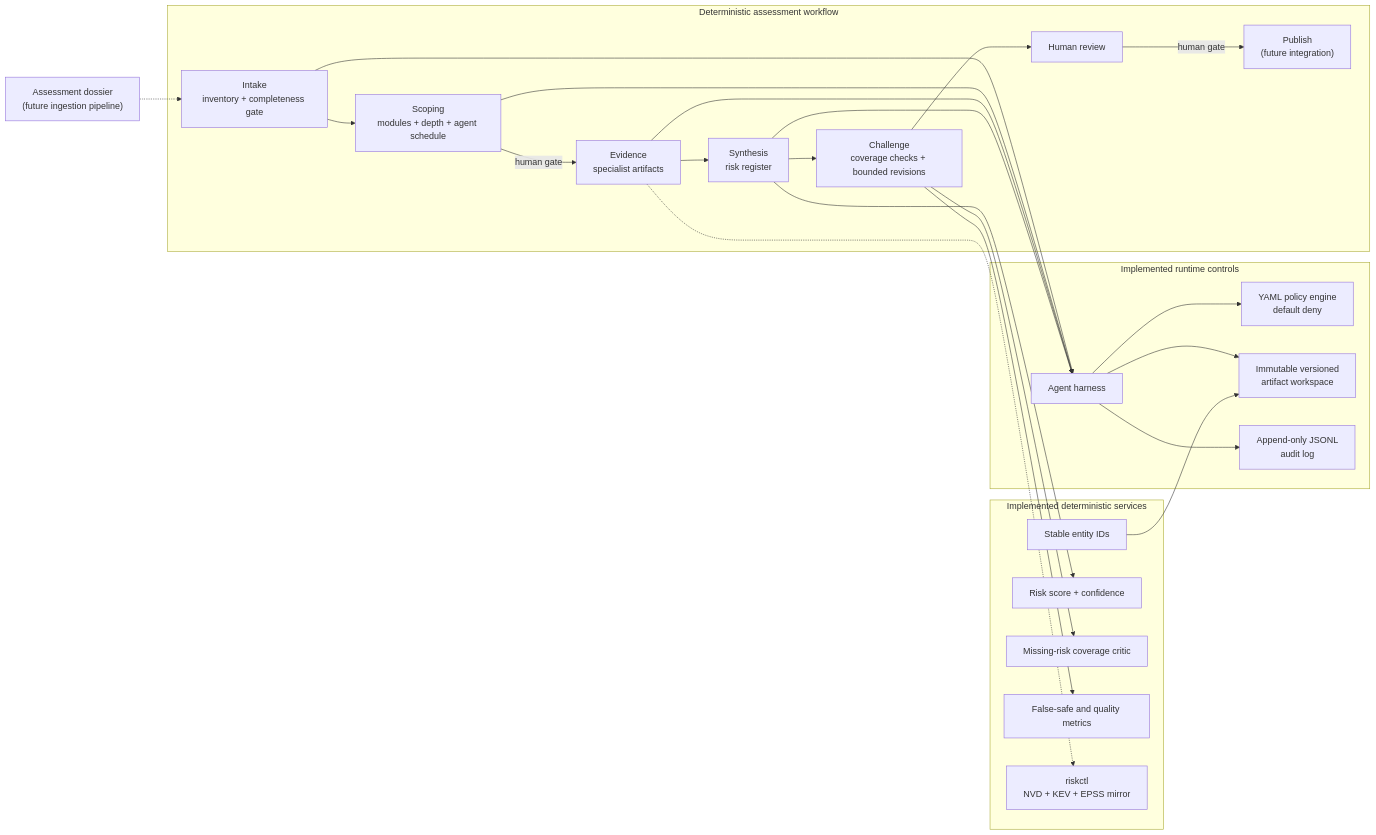
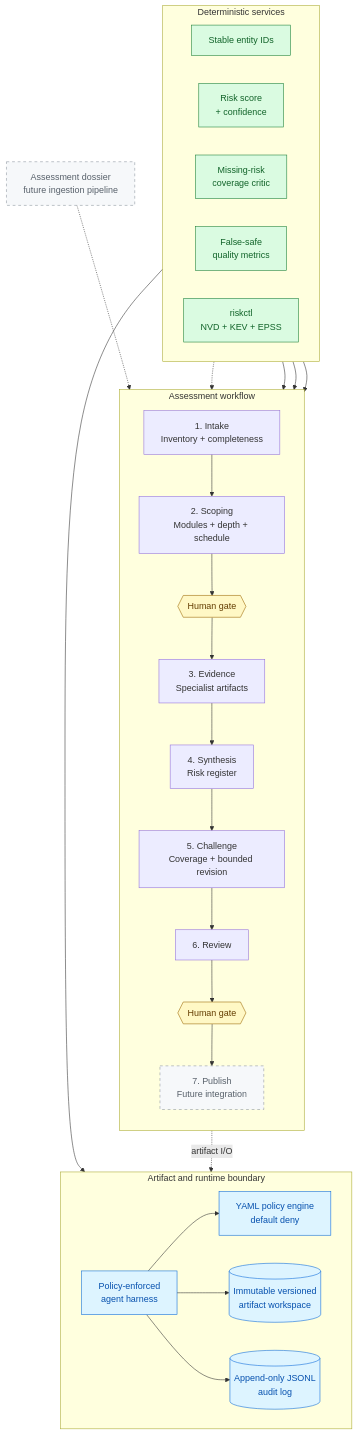
The first of 2 diagrams in README.md (baylitoo/risk-assess), drawn with Mermaid before and after one commit.

Commit message:
Improve README architecture diagram

````diff
--- a/README.md
+++ b/README.md
@@ -36,51 +36,58 @@
 ```mermaid
-flowchart LR
-    Dossier["Assessment dossier<br/>(future ingestion pipeline)"]
+flowchart TB
+    Dossier["Assessment dossier<br/>future ingestion pipeline"]
 
-    subgraph Workflow["Deterministic assessment workflow"]
-        Intake["Intake<br/>inventory + completeness gate"]
-        Scope["Scoping<br/>modules + depth + agent schedule"]
-        Evidence["Evidence<br/>specialist artifacts"]
-        Synthesis["Synthesis<br/>risk register"]
-        Challenge["Challenge<br/>coverage checks + bounded revisions"]
-        Review["Human review"]
-        Publish["Publish<br/>(future integration)"]
+    subgraph Workflow["Assessment workflow"]
+        direction TB
+        Intake["1. Intake<br/>Inventory + completeness"]
+        Scope["2. Scoping<br/>Modules + depth + schedule"]
+        Gate1{{"Human gate"}}
+        Evidence["3. Evidence<br/>Specialist artifacts"]
+        Synthesis["4. Synthesis<br/>Risk register"]
+        Challenge["5. Challenge<br/>Coverage + bounded revision"]
+        Review["6. Review"]
+        Gate2{{"Human gate"}}
+        Publish["7. Publish<br/>Future integration"]
 
-        Intake --> Scope
-        Scope -->|"human gate"| Evidence
-        Evidence --> Synthesis
-        Synthesis --> Challenge
-        Challenge --> Review
-        Review -->|"human gate"| Publish
+        Intake --> Scope --> Gate1 --> Evidence --> Synthesis --> Challenge --> Review --> Gate2 --> Publish
+    end
+
+    subgraph ArtifactLayer["Artifact and runtime boundary"]
+        direction LR
+        Harness["Policy-enforced<br/>agent harness"]
+        Policy["YAML policy engine<br/>default deny"]
+        Workspace[("Immutable versioned<br/>artifact workspace")]
+        Audit[("Append-only JSONL<br/>audit log")]
+
+        Harness --> Policy
+        Harness --> Workspace
+        Harness --> Audit
+    end
+
+    subgraph Services["Deterministic services"]
+        direction LR
+        IDs["Stable entity IDs"]
+        Scorer["Risk score<br/>+ confidence"]
+        Critic["Missing-risk<br/>coverage critic"]
+        Evals["False-safe<br/>quality metrics"]
+        Riskctl["riskctl<br/>NVD + KEV + EPSS"]
     end
 
     Dossier -.-> Intake
+    Evidence -. artifact I/O .-> Harness
+    IDs --> Workspace
+    Riskctl -.-> Evidence
+    Scorer --> Synthesis
+    Critic --> Challenge
+    Evals --> Challenge
 
-    subgraph Runtime["Implemented runtime controls"]
-        Policy["YAML policy engine<br/>default deny"]
-        Harness["Agent harness"]
-        Workspace["Immutable versioned<br/>artifact workspace"]
-        Audit["Append-only JSONL<br/>audit log"]
-    end
+    classDef future fill:#f6f8fa,stroke:#8c959f,stroke-dasharray:5 5,color:#57606a;
+    classDef gate fill:#fff8c5,stroke:#9a6700,color:#633c01;
+    classDef runtime fill:#ddf4ff,stroke:#0969da,color:#0550ae;
+    classDef service fill:#dafbe1,stroke:#1a7f37,color:#116329;
 
-    subgraph Deterministic["Implemented deterministic services"]
-        IDs["Stable entity IDs"]
-        Scorer["Risk score + confidence"]
-        Critic["Missing-risk coverage critic"]
-        Evals["False-safe and quality metrics"]
-        Riskctl["riskctl<br/>NVD + KEV + EPSS mirror"]
-    end
-
-    Intake --> Harness
-    Scope --> Harness
-    Evidence --> Harness
-    Synthesis --> Harness
-    Challenge --> Critic
-    Harness --> Policy
-    Harness --> Workspace
-    Harness --> Audit
-    Synthesis --> Scorer
-    Challenge --> Evals
-    Evidence -.-> Riskctl
-    IDs --> Workspace
+    class Dossier,Publish future;
+    class Gate1,Gate2 gate;
+    class Harness,Policy,Workspace,Audit runtime;
+    class IDs,Scorer,Critic,Evals,Riskctl service;
 ```
````
